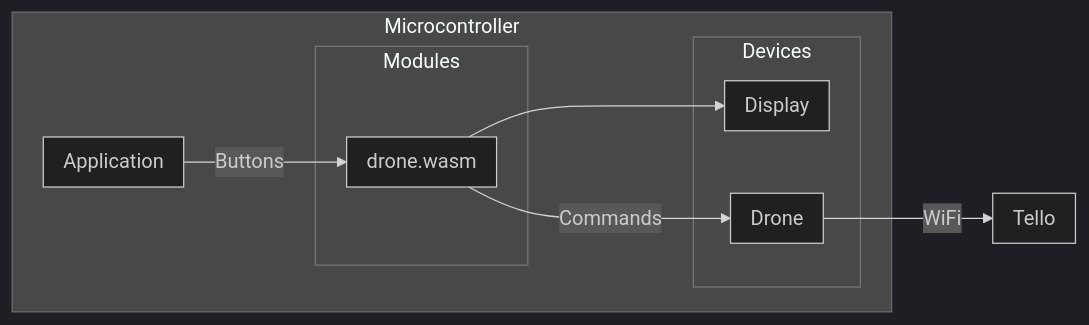
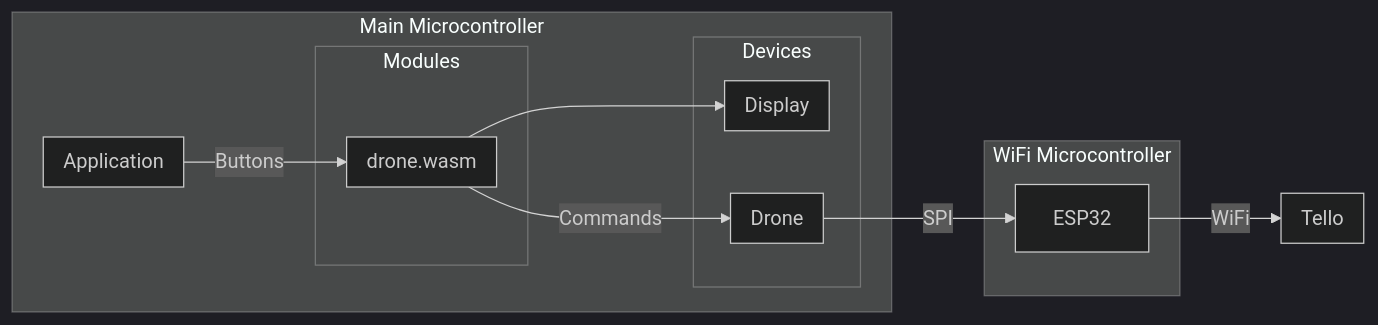
One commit to deadprogram/wasmio-2024 changed the diagram in demo/wasmdrone/README.md. Above: the diagram before and after it, drawn with Mermaid (dark theme). The commit also changed 4 other files, not shown here.

````diff
--- a/demo/wasmdrone/README.md
+++ b/demo/wasmdrone/README.md
@@ -13,23 +13,27 @@
 ```mermaid
 flowchart LR
-    subgraph Microcontroller
+    subgraph Main Microcontroller
         subgraph Application
         end
         subgraph Devices
             subgraph Drone
             end
             subgraph Display
             end
         end
         subgraph Modules
             subgraph drone.wasm
             end
         end
         Application--Buttons-->drone.wasm
         drone.wasm--Commands-->Drone
         drone.wasm-->Display
     end
+    subgraph WiFi Microcontroller
+        ESP32
+    end
     subgraph Tello
     end
-    Drone--WiFi-->Tello
+    Drone--SPI-->ESP32
+    ESP32--WiFi-->Tello
 ```
````
